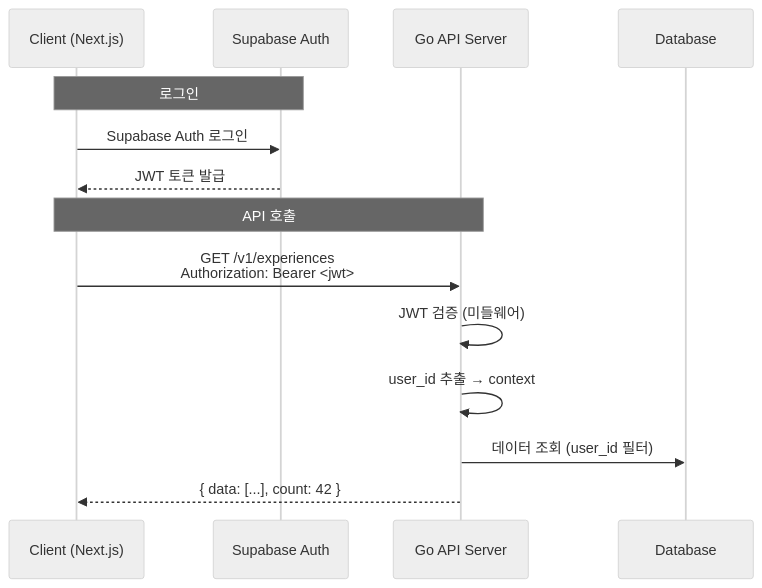
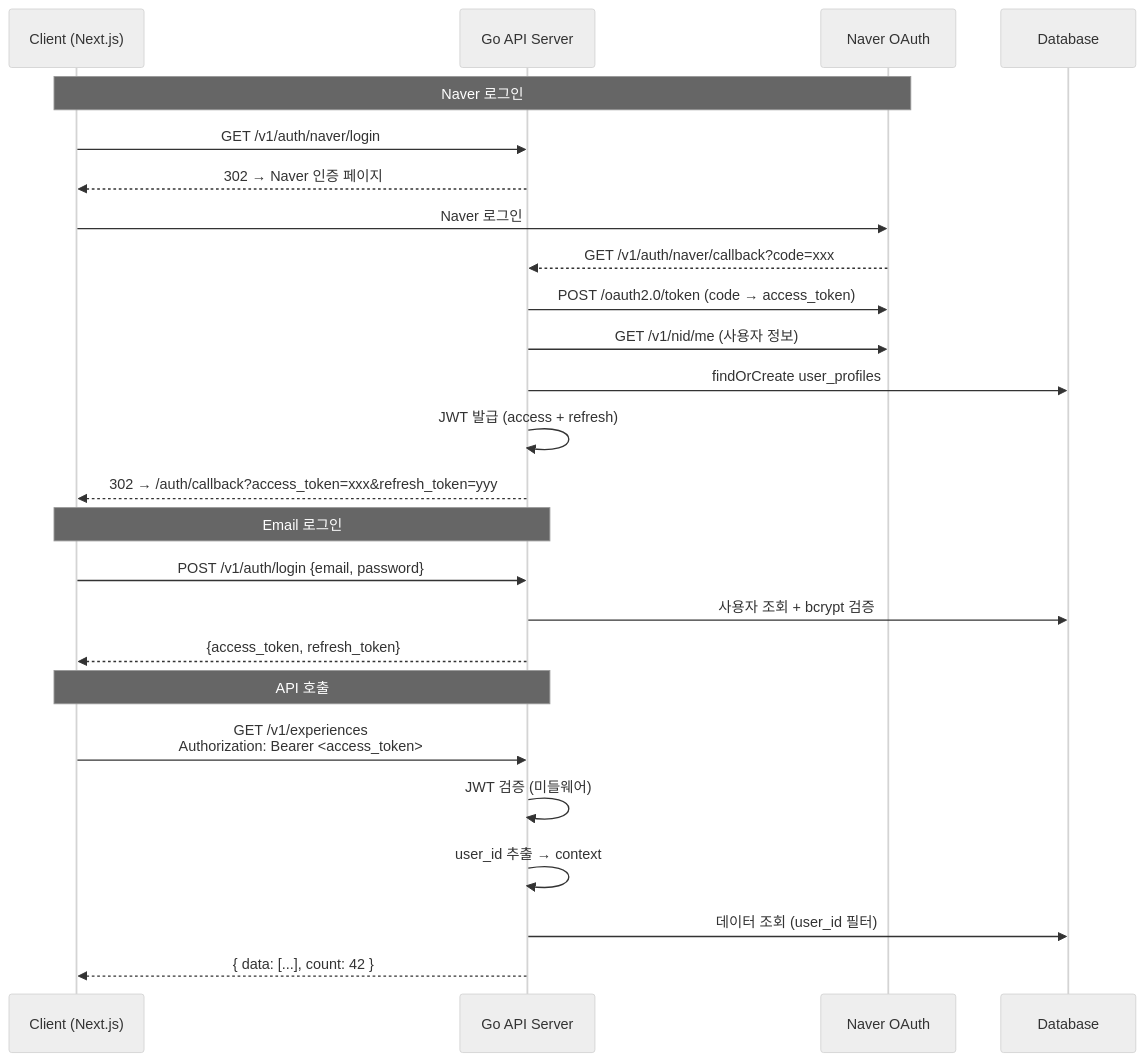
Before and after one commit to coldzero94/colight: the second of 3 diagrams in docs/develop/03-api-design.md, drawn with Mermaid (neutral theme). The commit also changed other lines of this file and 11 other files, not shown here.

````diff
--- a/docs/develop/03-api-design.md
+++ b/docs/develop/03-api-design.md
@@ -545,18 +550,30 @@
 ```mermaid
 sequenceDiagram
     participant C as Client (Next.js)
-    participant S as Supabase Auth
     participant A as Go API Server
+    participant N as Naver OAuth
     participant DB as Database
 
-    Note over C,S: 로그인
-    C->>S: Supabase Auth 로그인
-    S-->>C: JWT 토큰 발급
+    Note over C,N: Naver 로그인
+    C->>A: GET /v1/auth/naver/login
+    A-->>C: 302 → Naver 인증 페이지
+    C->>N: Naver 로그인
+    N-->>A: GET /v1/auth/naver/callback?code=xxx
+    A->>N: POST /oauth2.0/token (code → access_token)
+    A->>N: GET /v1/nid/me (사용자 정보)
+    A->>DB: findOrCreate user_profiles
+    A->>A: JWT 발급 (access + refresh)
+    A-->>C: 302 → /auth/callback?access_token=xxx&refresh_token=yyy
+
+    Note over C,A: Email 로그인
+    C->>A: POST /v1/auth/login {email, password}
+    A->>DB: 사용자 조회 + bcrypt 검증
+    A-->>C: {access_token, refresh_token}
 
     Note over C,A: API 호출
-    C->>A: GET /v1/experiences<br/>Authorization: Bearer <jwt>
+    C->>A: GET /v1/experiences<br/>Authorization: Bearer <access_token>
     A->>A: JWT 검증 (미들웨어)
     A->>A: user_id 추출 → context
     A->>DB: 데이터 조회 (user_id 필터)
     A-->>C: { data: [...], count: 42 }
 ```
````
